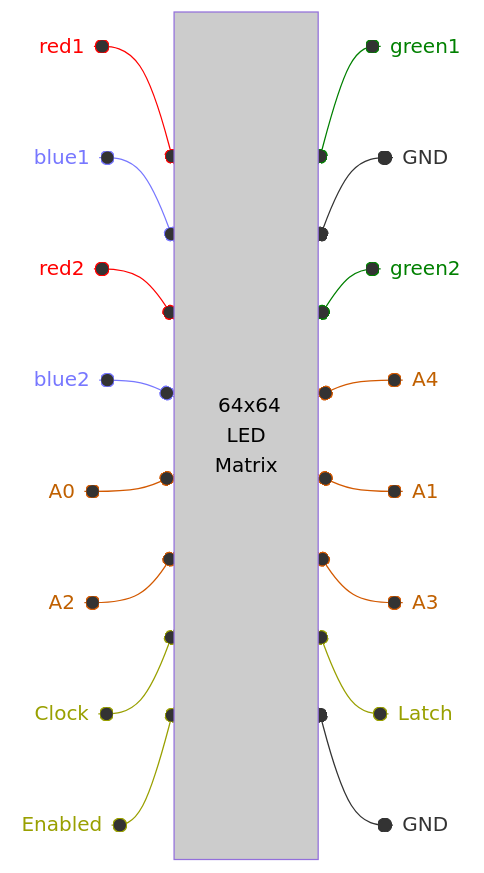
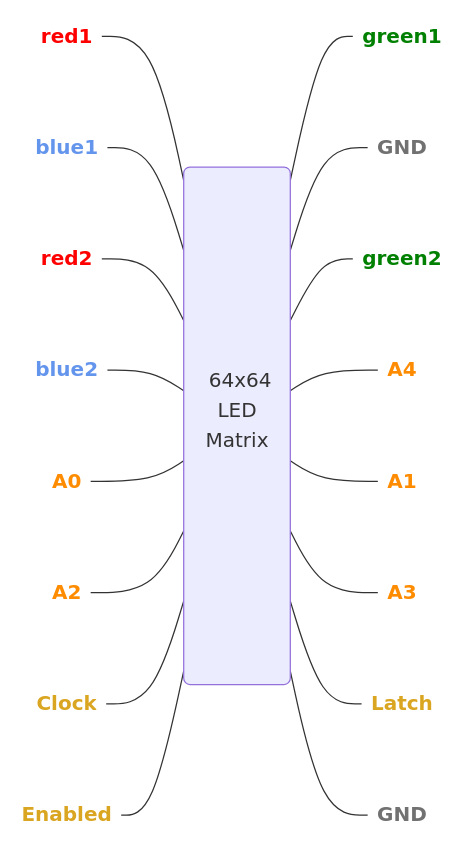
Before and after one commit to zbauman3/zanebauman.com: the second of 2 diagrams in src/articles/illumindex.md, drawn with Mermaid. The commit also changed other lines of this file and 5 other files, not shown here.

Commit message:
work on graphs

````diff
--- a/src/articles/illumindex.md
+++ b/src/articles/illumindex.md
@@ -106,57 +94,81 @@
 ```mermaid
 flowchart LR
-  matrix@{ shape: rect, label: "\n&nbsp;\n&nbsp;\n&nbsp;\n&nbsp;\n&nbsp;\n&nbsp;\n&nbsp;\n&nbsp;\n&nbsp;\n&nbsp;\n&nbsp;\n&nbsp;\n&nbsp;64x64\nLED\nMatrix\n&nbsp;\n&nbsp;\n&nbsp;\n&nbsp;\n&nbsp;\n&nbsp;\n&nbsp;\n&nbsp;\n&nbsp;\n&nbsp;\n&nbsp;\n&nbsp;" }
+  matrix@{ shape: rounded, label: "\n&nbsp;\n&nbsp;\n&nbsp;\n&nbsp;\n&nbsp;\n&nbsp;\n&nbsp;64x64\nLED\nMatrix\n&nbsp;\n&nbsp;\n&nbsp;\n&nbsp;\n&nbsp;\n&nbsp;\n&nbsp;" }
 
-  red1@{ shape: text }    o--o matrix
-  blue1@{ shape: text }   o--o matrix
-  red2@{ shape: text }    o--o matrix
-  blue2@{ shape: text }   o--o matrix
-  A0@{ shape: text }      o--o matrix
-  A2@{ shape: text }      o--o matrix
-  Clock@{ shape: text }   o--o matrix
-  Enabled@{ shape: text } o--o matrix
+  gnd1@{ shape: text, label: "GND" }
+  gnd2@{ shape: text, label: "GND" }
 
-  matrix o--o green1@{ shape: text }
-  matrix o--o gnd1@{ shape: text, label: "GND" }
-  matrix o--o green2@{ shape: text }
-  matrix o--o A4@{ shape: text }
-  matrix o--o A1@{ shape: text }
-  matrix o--o A3@{ shape: text }
-  matrix o--o Latch@{ shape: text }
-  matrix o--o gnd2@{ shape: text, label: "GND" }
+  red1@{ shape: text }
+  green1@{ shape: text }
+  blue1@{ shape: text }
 
-  style matrix fill:#CCCCCC,color:black
+  red2@{ shape: text }
+  green2@{ shape: text }
+  blue2@{ shape: text }
 
-  style red1 color:red
-  style red2 color:red
-  linkStyle 0 stroke:red
-  linkStyle 2 stroke:red
+  A4@{ shape: text }
+  A0@{ shape: text }
+  A1@{ shape: text }
+  A2@{ shape: text }
+  A3@{ shape: text }
 
-  style green1 color:green
-  style green2 color:green
-  linkStyle 8 stroke:green
-  linkStyle 10 stroke:green
+  Clock@{ shape: text }
+  Latch@{ shape: text }
+  Enabled@{ shape: text }
 
-  style blue1 color:#7777FF
-  style blue2 color:#7777FF
-  linkStyle 1 stroke:#7777FF
-  linkStyle 3 stroke:#7777FF
+  red1 --- matrix
+  blue1 --- matrix
+  red2 --- matrix
+  blue2 --- matrix
+  A0 --- matrix
+  A2 --- matrix
+  Clock --- matrix
+  Enabled --- matrix
 
-  style A0 color:#C06000
-  style A1 color:#C06000
-  style A2 color:#C06000
-  style A3 color:#C06000
-  style A4 color:#C06000
-  linkStyle 4 stroke:#D35900
-  linkStyle 5 stroke:#D35900
-  linkStyle 11 stroke:#D35900
-  linkStyle 12 stroke:#D35900
-  linkStyle 13 stroke:#D35900
+  matrix --- green1
+  matrix --- gnd1
+  matrix --- green2
+  matrix --- A4
+  matrix --- A1
+  matrix --- A3
+  matrix --- Latch
+  matrix --- gnd2
 
-  style Clock color:#99A000
-  style Enabled color:#99A000
-  style Latch color:#99A000
-  linkStyle 6 stroke:#99A000
-  linkStyle 7 stroke:#99A000
-  linkStyle 14 stroke:#99A000
+  class red1 squishedText
+  style red1 color:red,font-weight:bold
+  class red2 squishedText
+  style red2 color:red,font-weight:bold
+
+  class green1 squishedText
+  style green1 color:green,font-weight:bold
+  class green2 squishedText
+  style green2 color:green,font-weight:bold
+
+  class blue1 squishedText
+  style blue1 color:cornflowerblue,font-weight:bold
+  class blue2 squishedText
+  style blue2 color:cornflowerblue,font-weight:bold
+
+  class gnd1 squishedText
+  style gnd1 color:#717171,font-weight:bold
+  class gnd2 squishedText
+  style gnd2 color:#717171,font-weight:bold
+
+  class A0 squishedText
+  style A0 color:darkorange,font-weight:bold
+  class A1 squishedText
+  style A1 color:darkorange,font-weight:bold
+  class A2 squishedText
+  style A2 color:darkorange,font-weight:bold
+  class A3 squishedText
+  style A3 color:darkorange,font-weight:bold
+  class A4 squishedText
+  style A4 color:darkorange,font-weight:bold
+
+  class Clock squishedText
+  style Clock color:goldenrod,font-weight:bold
+  class Latch squishedText
+  style Latch color:goldenrod,font-weight:bold
+  class Enabled squishedText
+  style Enabled color:goldenrod,font-weight:bold
 ```
````
